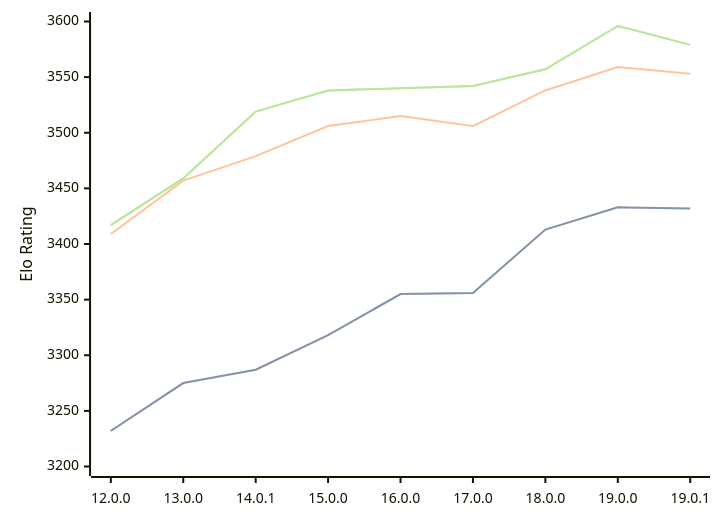
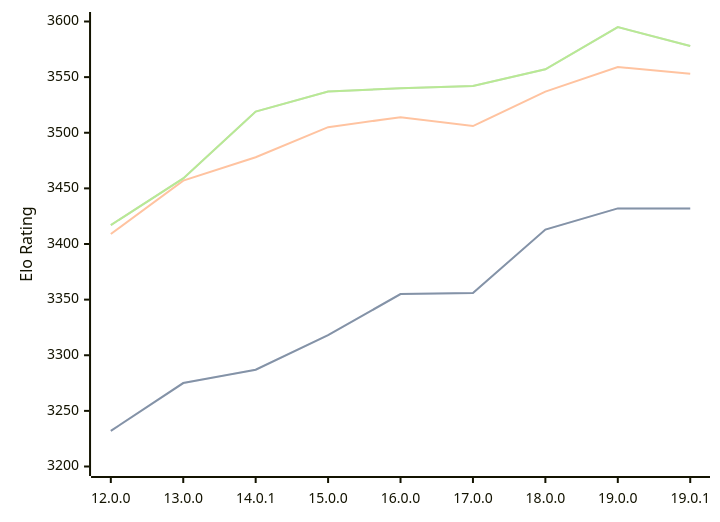
Before and after one commit to computer-chess-index/cci: the diagram in engines/Viridithas.md, drawn with Mermaid. The commit also changed other lines of this file, not shown here.

Commit message:
Update CCI Ratings (ELO VLTC) - 2026-04-08

````diff
--- a/engines/Viridithas.md
+++ b/engines/Viridithas.md
@@ -63,11 +63,11 @@
 ```mermaid
 %%{init: {"theme":"base","themeVariables":{"seriesColors:['#a3a3a3','#222221','#faa371']}}}%%
 xychart-beta
   x-axis ["12.0.0", "13.0.0", "14.0.1", "15.0.0", "16.0.0", "17.0.0", "18.0.0", "19.0.0", "19.0.1"]
   y-axis "Elo Rating" 3200 --> 3600
-  line "STC (8.0+0.08s)" [3232, 3275, 3287, 3318, 3355, 3356, 3413, 3433, 3432]
-  line "STC (8.0+0.08s)" [3232, 3275, 3287, 3318, 3355, 3356, 3413, 3433, 3432]
-  line "LTC (60.0+0.60s)" [3409, 3457, 3479, 3506, 3515, 3506, 3538, 3559, 3553]
-  line "VLTC (2m24s+1.12s)" [3417, 3459, 3519, 3538, 3540, 3542, 3557, 3596, 3579]
-  line "VLTC (2m24s+1.12s)" [3417, 3459, 3519, 3538, 3540, 3542, 3557, 3596, 3579]
+  line "STC (8.0+0.08s)" [3232, 3275, 3287, 3318, 3355, 3356, 3413, 3432, 3432]
+  line "STC (8.0+0.08s)" [3232, 3275, 3287, 3318, 3355, 3356, 3413, 3432, 3432]
+  line "LTC (60.0+0.60s)" [3409, 3457, 3478, 3505, 3514, 3506, 3537, 3559, 3553]
+  line "VLTC (2m24s+1.12s)" [3417, 3459, 3519, 3537, 3540, 3542, 3557, 3595, 3578]
+  line "VLTC (2m24s+1.12s)" [3417, 3459, 3519, 3537, 3540, 3542, 3557, 3595, 3578]
 ```
````
